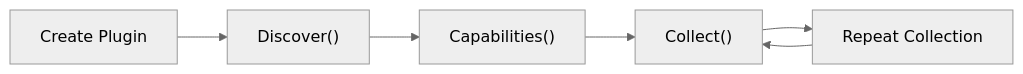
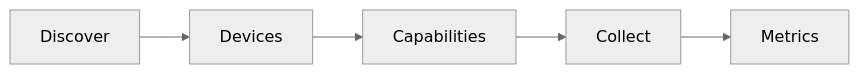
The second of 2 diagrams in docs/01-plugin-api.md (hdimmfh/xpu-monitor-agent), drawn with Mermaid (neutral theme) before and after one commit. The commit also changed other lines of this file, not shown here.

````diff
--- a/docs/01-plugin-api.md
+++ b/docs/01-plugin-api.md
@@ -277,14 +55,7 @@
 ```mermaid
 flowchart LR
-    CREATE["Create Plugin"]
-    DISCOVER["Discover()"]
-    CAPABILITIES["Capabilities()"]
-    COLLECT["Collect()"]
-    REPEAT["Repeat Collection"]
-
-    CREATE --> DISCOVER
-    DISCOVER --> CAPABILITIES
-    CAPABILITIES --> COLLECT
-    COLLECT --> REPEAT
-    REPEAT --> COLLECT
+    Discover --> Devices
+    Devices --> Capabilities
+    Capabilities --> Collect
+    Collect --> Metrics
 ```
````
